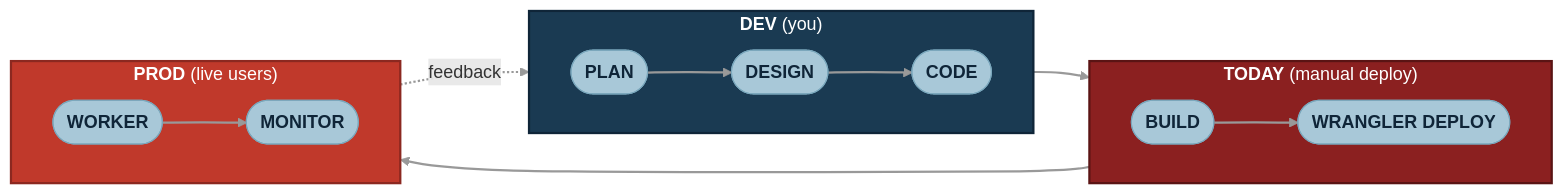
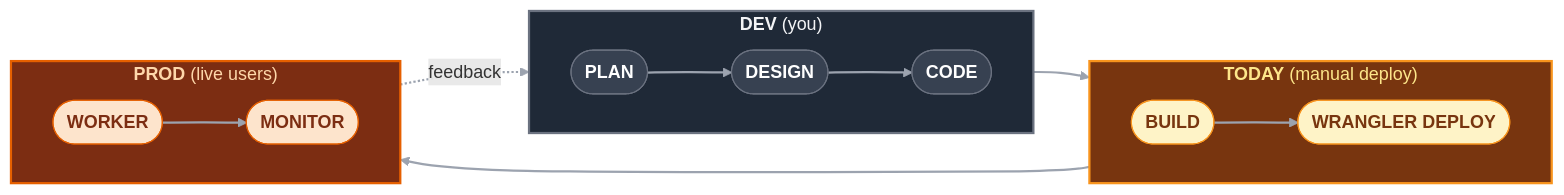
The fifth of 9 diagrams in slides/pages/part-1.md (PuttTim/orbital-26-deployment-workshop), drawn with Mermaid before and after one commit. The commit also changed other lines of this file and 1 other file, not shown here.

````diff
--- a/slides/pages/part-1.md
+++ b/slides/pages/part-1.md
@@ -402,29 +402,31 @@
 ```mermaid {scale: 0.68}
 flowchart LR
     subgraph DEV["<b>DEV</b> (you)"]
         direction LR
         P([PLAN]) --> D([DESIGN]) --> C([CODE])
     end
     subgraph MANUAL["<b>TODAY</b> (manual deploy)"]
         direction LR
         B([BUILD]) --> W([WRANGLER DEPLOY])
     end
     subgraph PROD["<b>PROD</b> (live users)"]
         direction LR
         O([WORKER]) --> M([MONITOR])
     end
     C ==> B
     W ==> O
     M -.feedback.-> P
 
-    classDef devBox fill:#1a3a52,color:#fff,stroke:#0f2538,stroke-width:2px
-    classDef ciBox fill:#8b2020,color:#fff,stroke:#5a1414,stroke-width:2px
-    classDef prodBox fill:#c0392b,color:#fff,stroke:#8b2820,stroke-width:2px
-    classDef phase fill:#a8c8d8,color:#0f2538,stroke:#7ba8bd,stroke-width:1px,font-weight:bold
+    classDef phase fill:#374151,color:#ffffff,stroke:#6b7280,stroke-width:1px,font-weight:bold
+    classDef manualPhase fill:#fef3c7,color:#78350f,stroke:#f8941d,stroke-width:1px,font-weight:bold
+    classDef prodPhase fill:#fde4cc,color:#7c2d12,stroke:#e66000,stroke-width:1px,font-weight:bold
 
-    class DEV devBox
-    class MANUAL ciBox
-    class PROD prodBox
-    class P,D,C,B,W,O,M phase
-    linkStyle default stroke:#999,stroke-width:2px
+    style DEV fill:#1f2937,stroke:#6b7280,stroke-width:2px,color:#f3f4f6
+    style MANUAL fill:#78350f,stroke:#f8941d,stroke-width:2px,color:#fde68a
+    style PROD fill:#7c2d12,stroke:#e66000,stroke-width:2px,color:#fed7aa
+
+    class P,D,C phase
+    class B,W manualPhase
+    class O,M prodPhase
+    linkStyle default stroke:#9ca3af,stroke-width:2px
 ```
````
